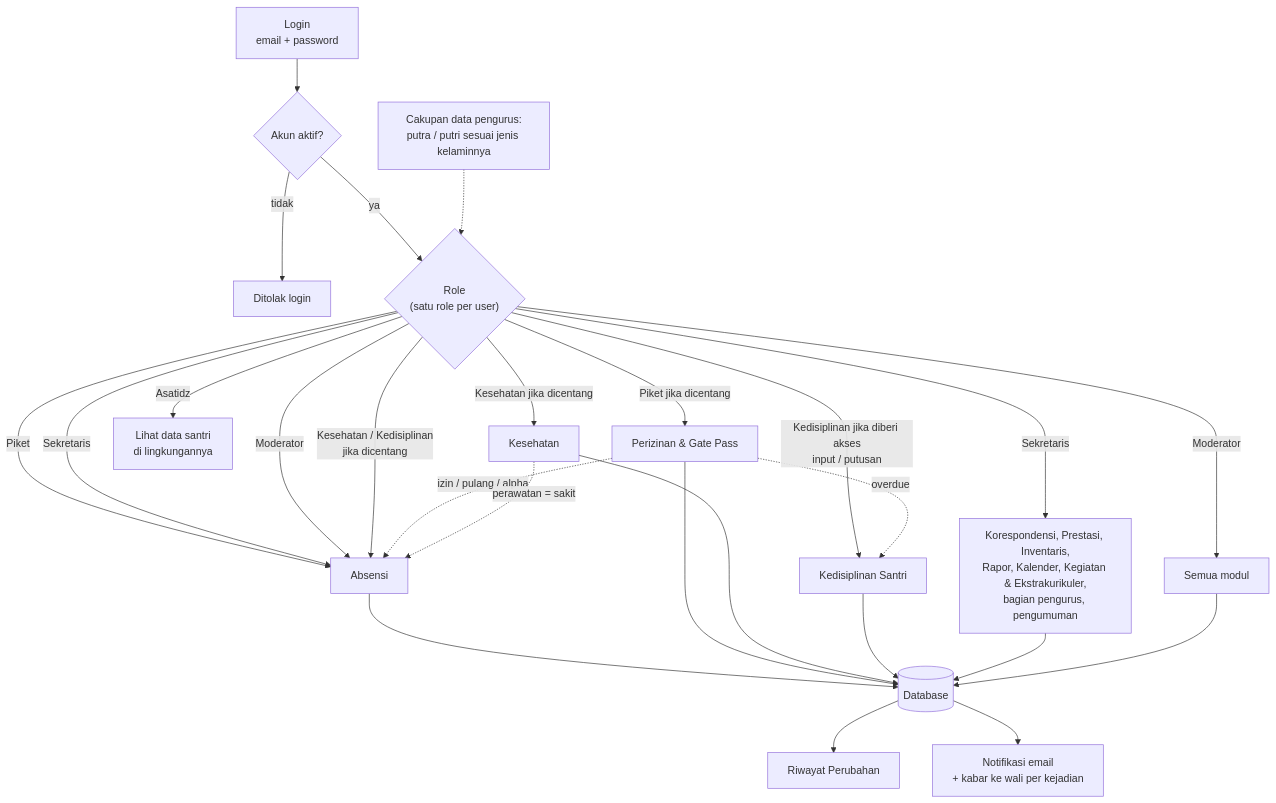
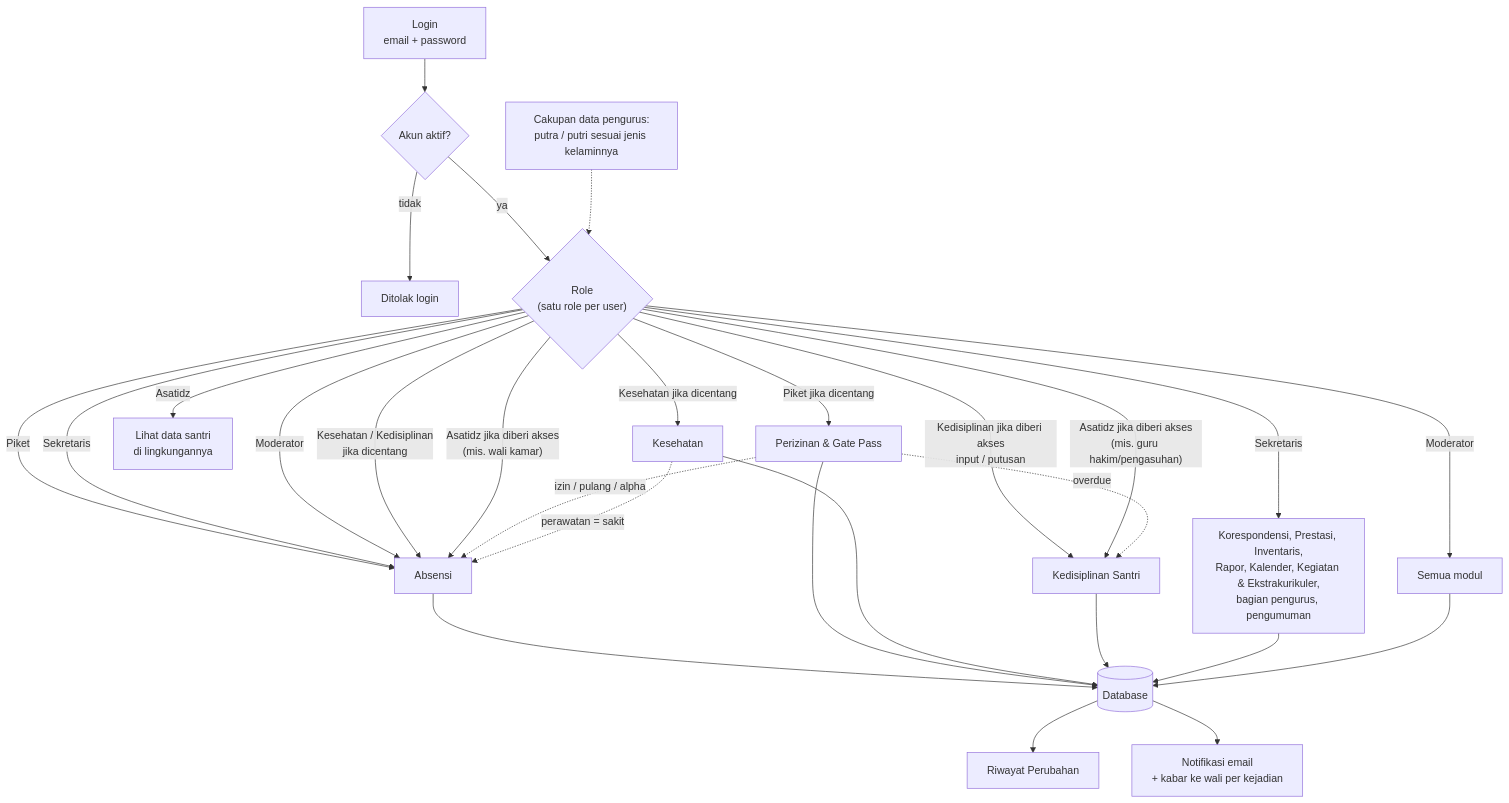
Before and after one commit to SiJao/ProjectJao: the first of 6 diagrams in README.md, drawn with Mermaid. The commit also changed other lines of this file and 24 other files, not shown here.

````diff
--- a/README.md
+++ b/README.md
@@ -255,33 +256,35 @@
 ```mermaid
 flowchart TD
     A["Login<br/>email + password"] --> B{"Akun aktif?"}
     B -- "tidak" --> Z["Ditolak login"]
     B -- "ya" --> C{"Role<br/>(satu role per user)"}
 
     C -- "Piket" --> M1["Absensi"]
     C -- "Sekretaris" --> M1
     C -- "Moderator" --> M1
     C -- "Kesehatan / Kedisiplinan<br/>jika dicentang" --> M1
 
     C -- "Piket jika dicentang" --> M2["Perizinan & Gate Pass"]
     C -- "Kesehatan jika dicentang" --> M3["Kesehatan"]
     C -- "Kedisiplinan jika diberi akses<br/>input / putusan" --> M4["Kedisiplinan Santri"]
     C -- "Sekretaris" --> M5["Korespondensi, Prestasi, Inventaris,<br/>Rapor, Kalender, Kegiatan & Ekstrakurikuler,<br/>bagian pengurus, pengumuman"]
     C -- "Asatidz" --> M6["Lihat data santri<br/>di lingkungannya"]
+    C -- "Asatidz jika diberi akses<br/>(mis. guru hakim/pengasuhan)" --> M4
+    C -- "Asatidz jika diberi akses<br/>(mis. wali kamar)" --> M1
     C -- "Moderator" --> M7["Semua modul"]
 
     S["Cakupan data pengurus:<br/>putra / putri sesuai jenis kelaminnya"] -.-> C
 
     M2 -. "overdue" .-> M4
     M2 -. "izin / pulang / alpha" .-> M1
     M3 -. "perawatan = sakit" .-> M1
 
     M1 --> DB[("Database")]
     M2 --> DB
     M3 --> DB
     M4 --> DB
     M5 --> DB
     M7 --> DB
     DB --> L["Riwayat Perubahan"]
     DB --> N["Notifikasi email<br/>+ kabar ke wali per kejadian"]
 ```
````
